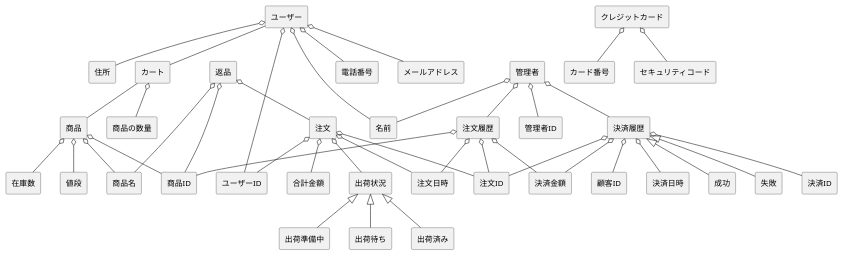
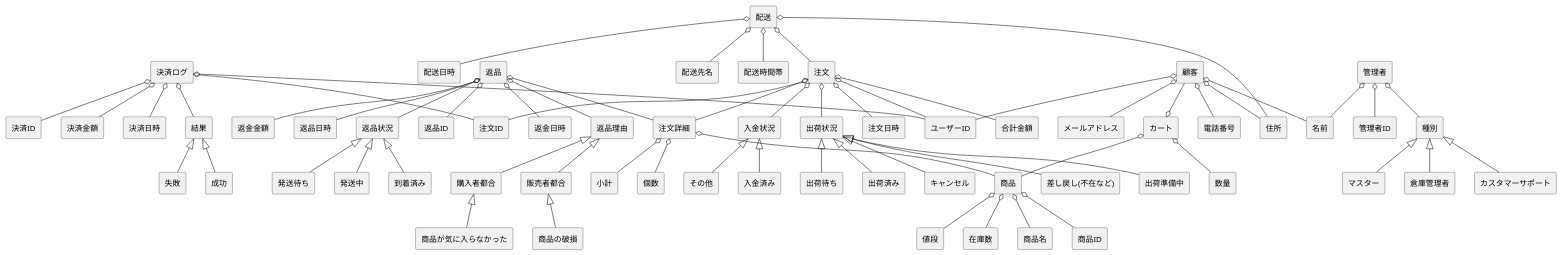
One commit to syouya2236/ohara_uml changed the diagram in group/BBshop/domain.pu. Above: the diagram before and after it, drawn with PlantUML. The commit also changed 1 other file, not shown here.

```diff
--- a/group/BBshop/domain.pu
+++ b/group/BBshop/domain.pu
@@ -1,82 +1,114 @@
 @startuml 注文管理システム
 skinparam componentStyle rectangle
 
-[ユーザー] o-- [ユーザーID]
-[ユーザー] o-- [名前]
-[ユーザー] o-- [電話番号]
-[ユーザー] o-- [メールアドレス]
-[ユーザー] o-- [住所]
+[顧客] o-- [ユーザーID]
+[顧客] o-- [名前]
+[顧客] o-- [電話番号]
+[顧客] o-- [メールアドレス]
+[顧客] o-- [住所]
 '[ユーザー] o-- [支払情報]
-[ユーザー] -- [カート]
+[顧客] --o [カート]
 
-[クレジットカード] o-- [カード番号]
-[クレジットカード] o-- [セキュリティコード]
+'[クレジットカード] o-- [カード番号]
+'[クレジットカード] o-- [セキュリティコード]
 
 '[カート] o-- [ユーザーID]
-[カート] -- [商品]
+[カート] o-- [商品]
 '[カート] o-- [商品ID]
-[カート] o-- [商品の数量]
+[カート] o-- [数量]
 '[カート] o-- [商品の小計]
 '[カート] o-- [注文ID]
 
 '[支払情報] o-- [支払ID]
 '[支払情報] o-- [支払日時]
 '[支払情報] o-- [支払金額]
 
-'[配送] o-- [住所]
-'[配送] o-- [配送日時]
+[配送] o-- [注文]
+[配送] o-- [住所]
+[配送] o-- [配送日時]
+[配送] o-- [配送先名]
+[配送] o-- [配送時間帯]
+
 '[配送] o-- [配送状況]
 '[配送状況] <|-- [配達中]
 '[配送状況] <|-- [配達完了]
 '[配送状況] <|-- [不在のため配達できません]
 
 
 
+
 [管理者] o-- [名前]
 [管理者] o-- [管理者ID]
-[管理者] o-- [決済履歴]
-[管理者] o-- [注文履歴]
+[管理者] o-- [種別]
+'[管理者] o-- [注文履歴]
+[種別] <|-- [マスター]
+[種別] <|-- [倉庫管理者]
+[種別] <|-- [カスタマーサポート]
 
-[決済履歴] o-- [決済ID]
-[決済履歴] o-- [注文ID]
-[決済履歴] o-- [顧客ID]
-[決済履歴] o-- [決済金額]
-[決済履歴] o-- [決済日時]
-[決済履歴] <|-- [成功] 
-[決済履歴] <|-- [失敗]
+
+[決済ログ] o-- [決済ID]
+[決済ログ] o-- [注文ID]
+[決済ログ] o-- [ユーザーID]
+[決済ログ] o-- [決済金額]
+[決済ログ] o-- [決済日時]
+[決済ログ] o-- [結果]
+[結果] <|-- [成功] 
+[結果] <|-- [失敗]
+
 
 [商品] o-- [商品名]
 [商品] o-- [商品ID]
 '[商品] o-- [商品の詳細]
 [商品] o-- [値段]
 [商品] o-- [在庫数]
 '[商品の詳細] <|--
 
 [注文] o-- [注文ID]
 [注文] o-- [ユーザーID]
 [注文] o-- [注文日時]
 [注文] o-- [合計金額]
+[注文] o-- [注文詳細]
+[注文] o-- [入金状況]
+[入金状況] <|-- [入金済み]
+[入金状況] <|-- [その他]
+[注文詳細] o-- [商品]
+[注文詳細] o-- [個数]
+[注文詳細] o-- [小計]
+'[注文詳細] o-- [返品]
+
 '[注文] o-- [クレジットカード]
 [注文] o-- [出荷状況]
 [出荷状況] <|-- [出荷準備中]
 [出荷状況] <|-- [出荷待ち]
 [出荷状況] <|-- [出荷済み]
+[出荷状況] <|-- [キャンセル]
+[出荷状況] <|-- [差し戻し(不在など)]
 
-[注文履歴] o-- [商品ID]
-[注文履歴] o-- [注文ID]
-[注文履歴] o-- [注文日時]
-[注文履歴] o-- [決済金額]
+'[注文履歴] o-- [商品ID]
+'[注文履歴] o-- [注文ID]
+'[注文履歴] o-- [注文日時]
+'[注文履歴] o-- [決済金額]
 
-'[返品] o-- [返品ID]
-[返品] o-- [商品ID]
-[返品] o-- [商品名]
-[返品] o-- [注文]
-'[返品] o-- [返品理由]
+
+
+[返品] o-- [返品ID]
+[返品] o-- [注文詳細]
+'[返品] o-- [商品名]
+'[返品] o-- [注文]
+[返品] o-- [返品理由]
+[販売者都合] <|-- [商品の破損]
+[購入者都合] <|-- [商品が気に入らなかった]
+[返品理由] <|-- [販売者都合]
+[返品理由] <|-- [購入者都合]
 '[返品] o-- [商品の状態]
-'[返品] o-- [返品日時]
+[返品] o-- [返品日時]
+[返品] o-- [返品状況]
+[返品状況] <|-- [発送待ち]
+[返品状況] <|-- [発送中]
+[返品状況] <|-- [到着済み]
 '[返品] o-- [返金]
 '[返品] o-- [返金ID]
-'[返品] o-- [返金日時]
-'[返品] o-- [返金金額]
+[返品] o-- [返金日時]
+[返品] o-- [返金金額]
 '
 @enduml
```
